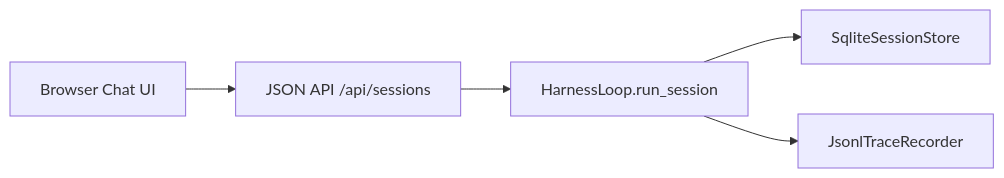
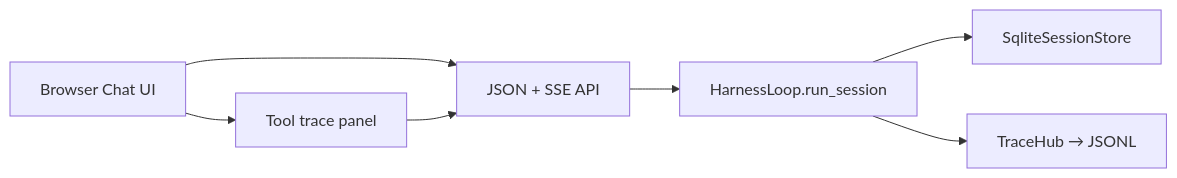
Before and after one commit to zhumengzhu/HarnessLab: the fifth of 6 diagrams in docs/architecture/overview.md, drawn with Mermaid. The commit also changed other lines of this file and 9 other files, not shown here.

First line of the commit message:
feat(web): SSE streaming, trace panel, fork, and /remember UX

````diff
--- a/docs/architecture/overview.md
+++ b/docs/architecture/overview.md
@@ -438,7 +438,9 @@
 ```mermaid
 flowchart LR
-    Browser[Browser Chat UI] --> API[JSON API /api/sessions]
+    Browser[Browser Chat UI] --> API[JSON + SSE API]
     API --> Loop[HarnessLoop.run_session]
     Loop --> Store[SqliteSessionStore]
-    Loop --> Trace[JsonlTraceRecorder]
+    Loop --> Trace[TraceHub → JSONL]
+    Browser --> Panel[Tool trace panel]
+    Panel --> API
 ```
````
